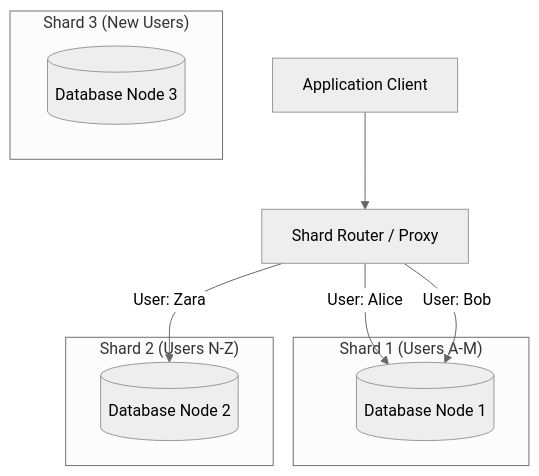
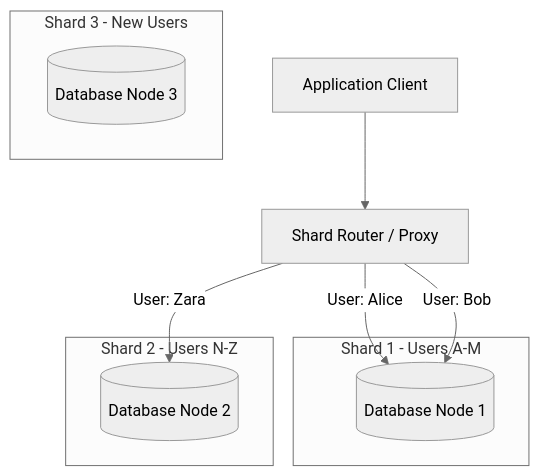
One commit to rajbhupendra588/sharding-system changed the first of 2 diagrams in docs/database_sharding_guide.md. Above: the diagram before and after it, drawn with Mermaid (neutral theme). The commit also changed other lines of this file, not shown here.

Commit message:
Update database sharding guide

````diff
--- a/docs/database_sharding_guide.md
+++ b/docs/database_sharding_guide.md
@@ -32,22 +32,22 @@
 ```mermaid
 graph TD
-    Client[Application Client]
-    Router[Shard Router / Proxy]
+    Client["Application Client"]
+    Router["Shard Router / Proxy"]
     
-    subgraph "Shard 1 (Users A-M)"
-        DB1[(Database Node 1)]
+    subgraph Shard1["Shard 1 - Users A-M"]
+        DB1[("Database Node 1")]
     end
     
-    subgraph "Shard 2 (Users N-Z)"
-        DB2[(Database Node 2)]
+    subgraph Shard2["Shard 2 - Users N-Z"]
+        DB2[("Database Node 2")]
     end
     
-    subgraph "Shard 3 (New Users)"
-        DB3[(Database Node 3)]
+    subgraph Shard3["Shard 3 - New Users"]
+        DB3[("Database Node 3")]
     end
 
     Client --> Router
     Router -- "User: Alice" --> DB1
     Router -- "User: Zara" --> DB2
     Router -- "User: Bob" --> DB1
 ```
````
